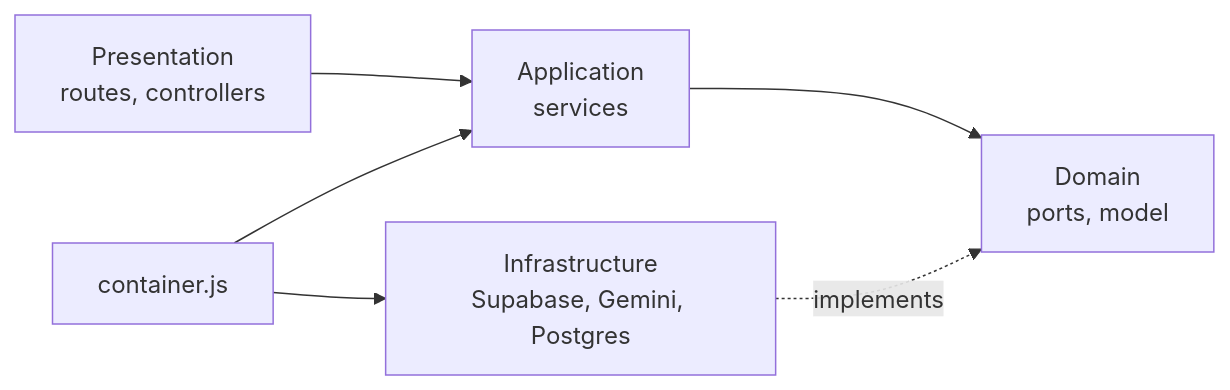
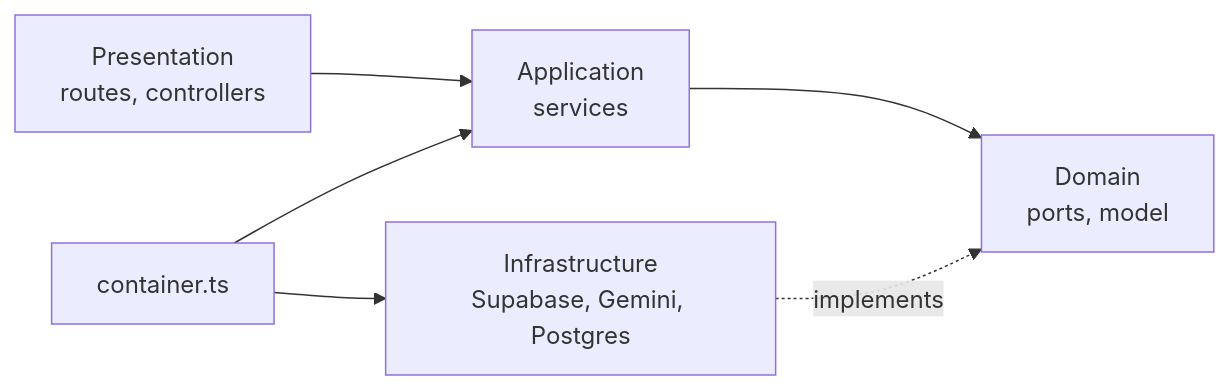
The first of 26 diagrams in docs/design/02-decisions.md (kanhaiyak23/PrepLens), drawn with Mermaid before and after one commit. The commit also changed other lines of this file and 155 other files, not shown here.

````diff
--- a/docs/design/02-decisions.md
+++ b/docs/design/02-decisions.md
@@ -21,7 +21,7 @@
 ```mermaid
 flowchart LR
   PR["Presentation<br/>routes, controllers"] --> AP["Application<br/>services"] --> DM["Domain<br/>ports, model"]
   IN["Infrastructure<br/>Supabase, Gemini, Postgres"] -. implements .-> DM
-  CR["container.js"] --> IN
+  CR["container.ts"] --> IN
   CR --> AP
 ```
````
